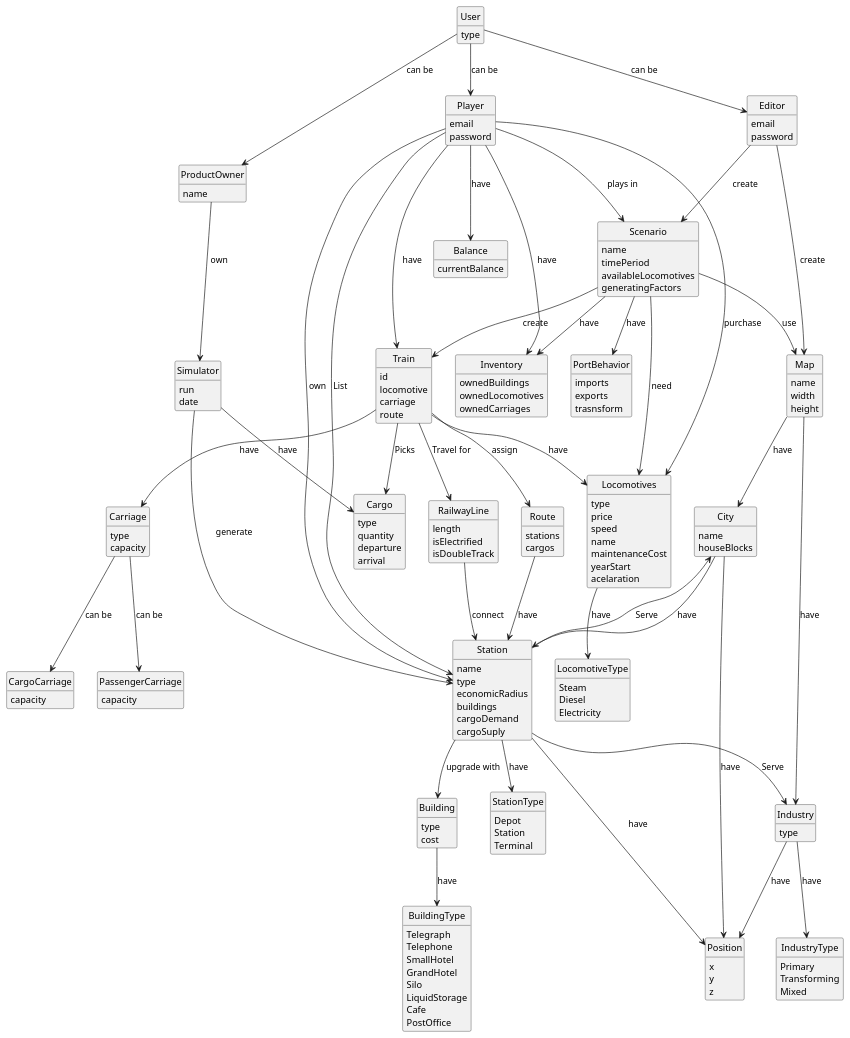
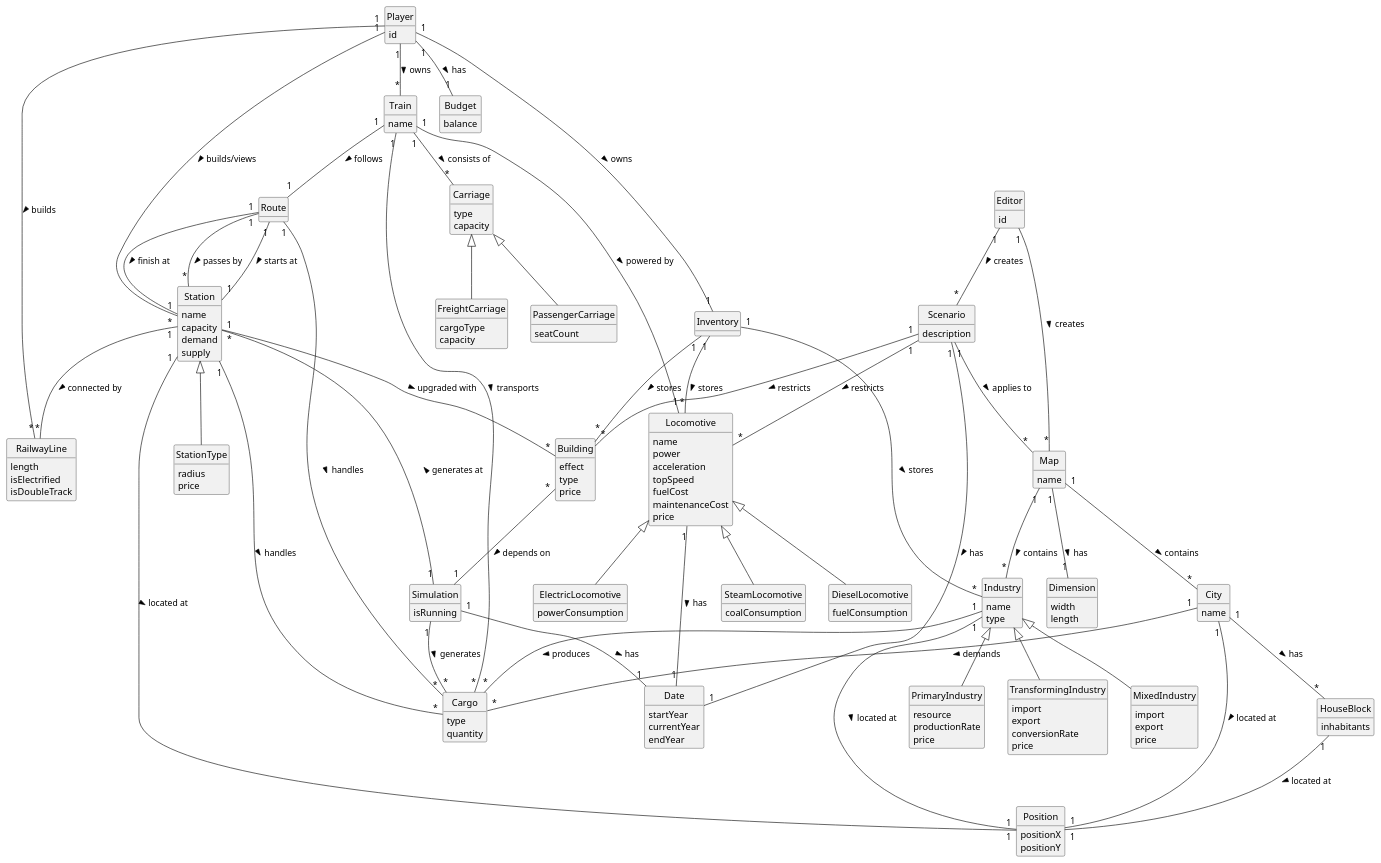
One commit to Andremonteiro1240850/railway_simulator changed the diagram in docs/system-documentation/global-artifacts/02.analisys/puml/Domainmodel.puml. Above: the diagram before and after it, drawn with PlantUML. The commit also changed 11 other files, not shown here.

```diff
--- a/docs/system-documentation/global-artifacts/02.analisys/puml/Domainmodel.puml
+++ b/docs/system-documentation/global-artifacts/02.analisys/puml/Domainmodel.puml
@@ -2,225 +2,216 @@
 skinparam monochrome true
 skinparam packageStyle rectangle
 skinparam shadowing false
-
-'left to right direction
-
 skinparam classAttributeIconSize 0
-
 hide circle
 hide methods
 
-    class User {
-        type
-    }
+class Map {
+    name
 
-    class Editor {
-        email
-        password
-    }
+}
+class Dimension{
+    width
+    length
+}
+class Position{
+    positionX
+    positionY
+}
 
-    class Player {
+class Industry {
+    name
+    type
 
-        email
-        password
-    }
-    Player-->Scenario:"plays in"
-    Player --> Locomotives:"purchase"
+}
 
-    class ProductOwner {
-        name
-    }
+class City {
+    name
+}
 
-    User --> Editor: "can be"
-    User --> Player: "can be"
-    User --> ProductOwner: "can be"
+class HouseBlock {
+inhabitants
+}
+
+class Scenario {
+    description
+}
+class Date{
+startYear
+currentYear
+endYear
+}
+
+class Station {
+    name
+    capacity
+    demand
+    supply
+
+}
+class StationType{
+radius
+price
+}
 
 
-    class Map {
-        name
-        width
-        height
+class Building{
+effect
+type
+price
+}
+class RailwayLine {
+    length
+    isElectrified
+    isDoubleTrack
 
-    }
+}
 
-    class City {
-        name
-        houseBlocks
-    }
+class Locomotive {
+    name
+    power
+    acceleration
+    topSpeed
+    fuelCost
+    maintenanceCost
+    price
 
-    class Industry {
-        type
-    }
+}
 
-    class Position {
-        x
-        y
-        z
-    }
+class Carriage {
+    type
+    capacity
+}
 
-    Map  -->  City : "have"
-    Map  -->  Industry : "have"
-    City --> Position: "have"
-    Industry --> Position: "have"
-    Editor --> Map : "create"
+class Train {
+    name
+}
 
-
-    class Scenario {
-        name
-        timePeriod
-        availableLocomotives
-        generatingFactors
-    }
-    Scenario --> Map :"use"
-
-    class PortBehavior {
-        imports
-        exports
-        trasnsform
-    }
-
-    Editor --> Scenario :"create"
-    Scenario  -->  PortBehavior: "have"
-
-
-    class Station {
-        name
-        type
-        economicRadius
-        buildings
-        cargoDemand
-        cargoSuply
-    }
-    class StationType {
-    Depot
-    Station
-    Terminal
-    }
-    Station --> StationType: "have"
-
-    class RailwayLine {
-        length
-        isElectrified
-        isDoubleTrack
-    }
-
-    class Train {
-        id
-        locomotive
-        carriage
-        route
-    }
-
-    class Route {
-        stations
-        cargos
-    }
-
-    class Balance{
-    currentBalance
-    }
-    class Inventory{
-    ownedBuildings
-    ownedLocomotives
-    ownedCarriages
-    }
-    class Simulator{
-    run
-    date
-    }
-    class Cargo{
+class Cargo {
     type
     quantity
-    departure
-    arrival
-    }
-    class Locomotives {
-    type
-    price
-    speed
-    name
-    maintenanceCost
-    yearStart
-    acelaration
-    }
-    class LocomotiveType{
-    Steam
-    Diesel
-    Electricity
-    }
-    Locomotives --> LocomotiveType: "have"
-    class Carriage{
-    type
-    capacity
-    }
-    class PassengerCarriage{
-    capacity
-    }
-    class CargoCarriage{
-    capacity
-    }
-    class Building{
-    type
-    cost
-    }
-    class BuildingType{
-            Telegraph
-            Telephone
-            SmallHotel
-            GrandHotel
-            Silo
-            LiquidStorage
-            Cafe
-            PostOffice
+}
 
-    }
-    Building --> BuildingType:"have"
-   class IndustryType{
-   Primary
-   Transforming
-   Mixed
-   }
-   Industry --> IndustryType: "have"
+class Route {
+
+}
+
+class Player{
+id
+}
+
+class Editor{
+id
+
+}
+
+class Budget{
+balance
+}
+
+class Inventory{
+}
+
+class Simulation{
+isRunning
+}
 
 
 
+' Relationships
 
+Player "1" -- "1" Inventory :  owns >
+Inventory "1" -- "*" Building :  stores >
+Inventory "1" -- "*" Locomotive :  stores >
+Inventory "1" -- "*" Industry :  stores >
+Map "1" -- "1" Dimension :  has >
+Map "1" -- "*" Industry : contains >
+Map "1" -- "*" City : contains >
+City "1" -- "1" Position :  located at >
+Industry "1" -- "1" Position :  located at >
+HouseBlock "1" -- "1" Position :  located at >
+Station "1" -- "1" Position :  located at >
+Building "*" -- "1" Simulation :  depends on >
+City "1" -- "*" HouseBlock : has >
+Scenario "1" -- "*" Map : applies to >
+Scenario "1" -- "*" Locomotive : restricts >
+Scenario "1" -- "*" Building : restricts >
+Scenario "1" -- "1" Date : has >
+Station "1" -- "*" Building : upgraded with >
+Station "1" -- "*" Cargo : handles >
+Station "1" -- "*" RailwayLine : connected by >
+Locomotive "1" -- "1" Date : has >
+Train "1" -- "1" Locomotive : powered by >
+Train "1" -- "*" Carriage : consists of >
+Train "1" -- "1" Route : follows >
+Train "1" -- "*" Cargo : transports >
+Route "1" -- "*" Cargo : handles >
+Route "1" -- "1" Station : starts at >
+Route "1" -- "1" Station : finish at >
+Route "1" -- "*" Station : passes by >
+Industry "1" -- "*" Cargo : produces >
+City "1" -- "*" Cargo : demands >
+Editor "1" -- "*" Map : creates >
+Editor "1" -- "*" Scenario : creates >
+Player "1" -- "*" Station : builds/views >
+Player "1" -- "*" RailwayLine : builds >
+Player "1" -- "*" Train : owns >
+Player "1" -- "1" Budget : has >
+Simulation "1" -- "*" Cargo : generates >
+Simulation "1" -- "*" Station : generates at >
+Simulation "1" -- "1" Date : has >
 
+class PrimaryIndustry {
+    resource
+    productionRate
+    price
+}
 
+class TransformingIndustry {
+    import
+    export
+    conversionRate
+    price
+}
 
+class MixedIndustry {
+    import
+    export
+    price
+}
 
+Industry <|-- PrimaryIndustry
+Industry <|-- TransformingIndustry
+Industry <|-- MixedIndustry
 
+Station <|-- StationType
 
+class PassengerCarriage {
+    seatCount
+}
 
+class FreightCarriage {
+    cargoType
+    capacity
+}
 
-    Player --> Station: "List"
-    Player --> Station: "own"
-    RailwayLine  -->  Station : "connect"
-    Train  -->  Route :"assign"
-    Player --> Train : "have"
-    Player --> Balance : "have"
-    Player --> Inventory : "have"
-    ProductOwner --> Simulator : "own"
-    Simulator --> Cargo : "have"
-    Train --> Locomotives : "have"
-    Train --> Carriage : "have"
-    Carriage --> CargoCarriage: "can be"
-    Carriage --> PassengerCarriage: "can be"
-    Station --> Building : "upgrade with"
-    City --> Station: "have"
-    Scenario --> Train: "create"
-    Scenario --> Inventory: "have"
-    Scenario --> Locomotives: "need"
-    Station --> Position: "have"
-    Train --> Cargo: "Picks"
-    Route --> Station: "have"
-    Simulator --> Station: "generate"
-    Train --> RailwayLine: "Travel for"
-    Station --> City: "Serve"
-    Station --> Industry: "Serve"
+Carriage <|-- PassengerCarriage
+Carriage <|-- FreightCarriage
 
+class SteamLocomotive {
+    coalConsumption
+}
 
+class DieselLocomotive {
+    fuelConsumption
+}
 
+class ElectricLocomotive {
+    powerConsumption
+}
 
+Locomotive <|-- SteamLocomotive
+Locomotive <|-- DieselLocomotive
+Locomotive <|-- ElectricLocomotive
 
 @enduml
```
